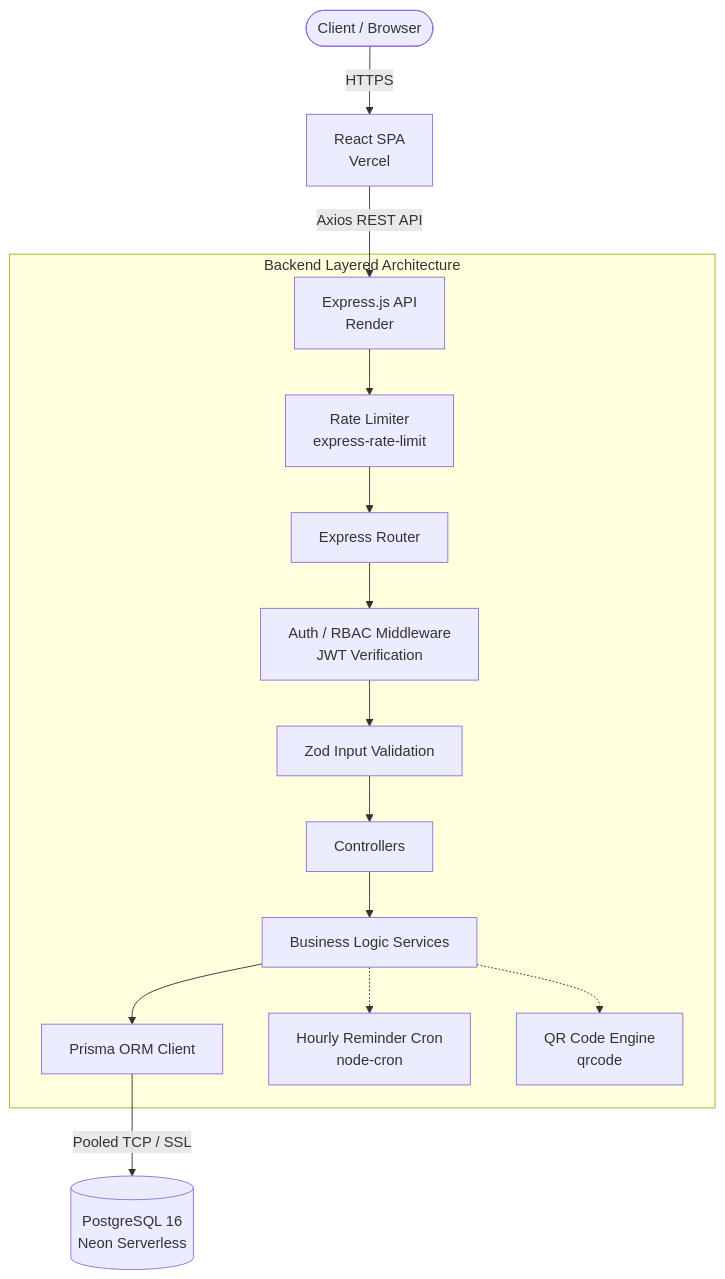
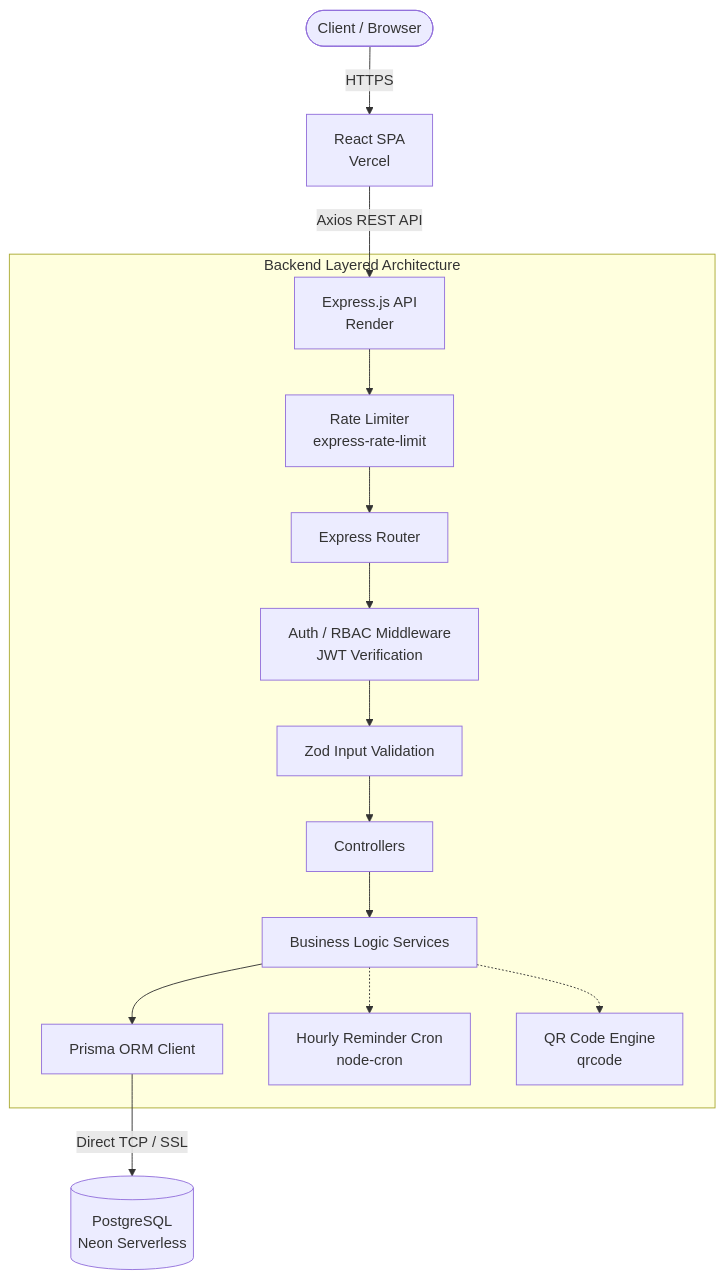
The first of 2 diagrams in README.md (devansh2007-ruikar/GDG), drawn with Mermaid before and after one commit. The commit also changed other lines of this file and 10 other files, not shown here.

````diff
--- a/README.md
+++ b/README.md
@@ -243,19 +244,19 @@
 ```mermaid
 graph TD
     User([Client / Browser]) -->|HTTPS| Frontend[React SPA<br/>Vercel]
     Frontend -->|Axios REST API| Backend[Express.js API<br/>Render]
     
     subgraph Backend_Architecture [Backend Layered Architecture]
         Backend --> RateLimiter[Rate Limiter<br/>express-rate-limit]
         RateLimiter --> Router[Express Router]
         Router --> AuthMiddleware[Auth / RBAC Middleware<br/>JWT Verification]
         AuthMiddleware --> ZodValidator[Zod Input Validation]
         ZodValidator --> Controller[Controllers]
         Controller --> Service[Business Logic Services]
         Service --> Prisma[Prisma ORM Client]
         Service -.-> Cron[Hourly Reminder Cron<br/>node-cron]
         Service -.-> QR[QR Code Engine<br/>qrcode]
     end
     
-    Prisma -->|Pooled TCP / SSL| DB[(PostgreSQL 16<br/>Neon Serverless)]
+    Prisma -->|Direct TCP / SSL| DB[(PostgreSQL<br/>Neon Serverless)]
 ```
````
